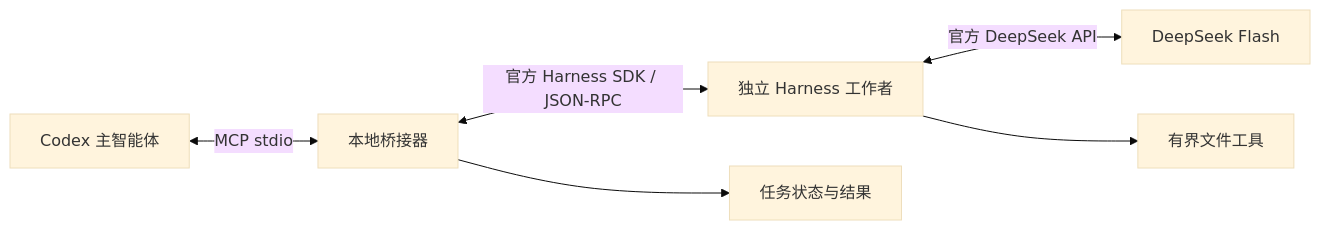
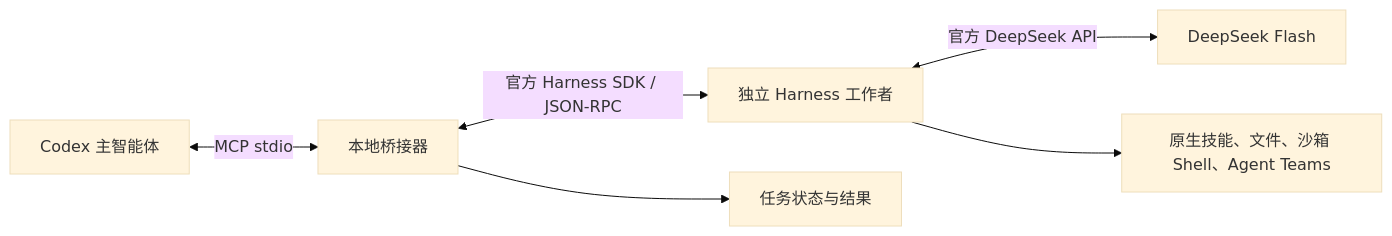
The diagram in plugins/deepseek-harness-bridge/README.md (JocuperDARY/dw-marketplace), drawn with Mermaid (base theme) before and after one commit. The commit also changed other lines of this file and 53 other files, not shown here.

````diff
--- a/plugins/deepseek-harness-bridge/README.md
+++ b/plugins/deepseek-harness-bridge/README.md
@@ -5,8 +7,8 @@
 ```mermaid
 flowchart LR
   C[Codex 主智能体] <-->|MCP stdio| B[本地桥接器]
   B <-->|官方 Harness SDK / JSON-RPC| W[独立 Harness 工作者]
   W <-->|官方 DeepSeek API| F[DeepSeek Flash]
-  W --> T[有界文件工具]
+  W --> T[原生技能、文件、沙箱 Shell、Agent Teams]
   B --> S[任务状态与结果]
 ```
````
